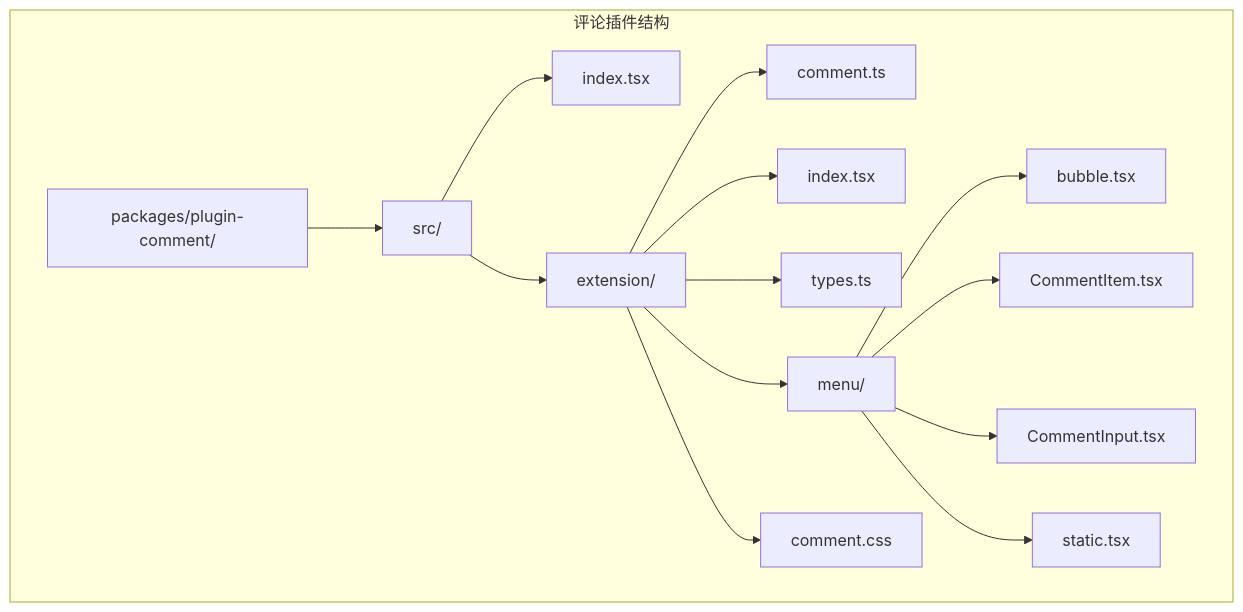
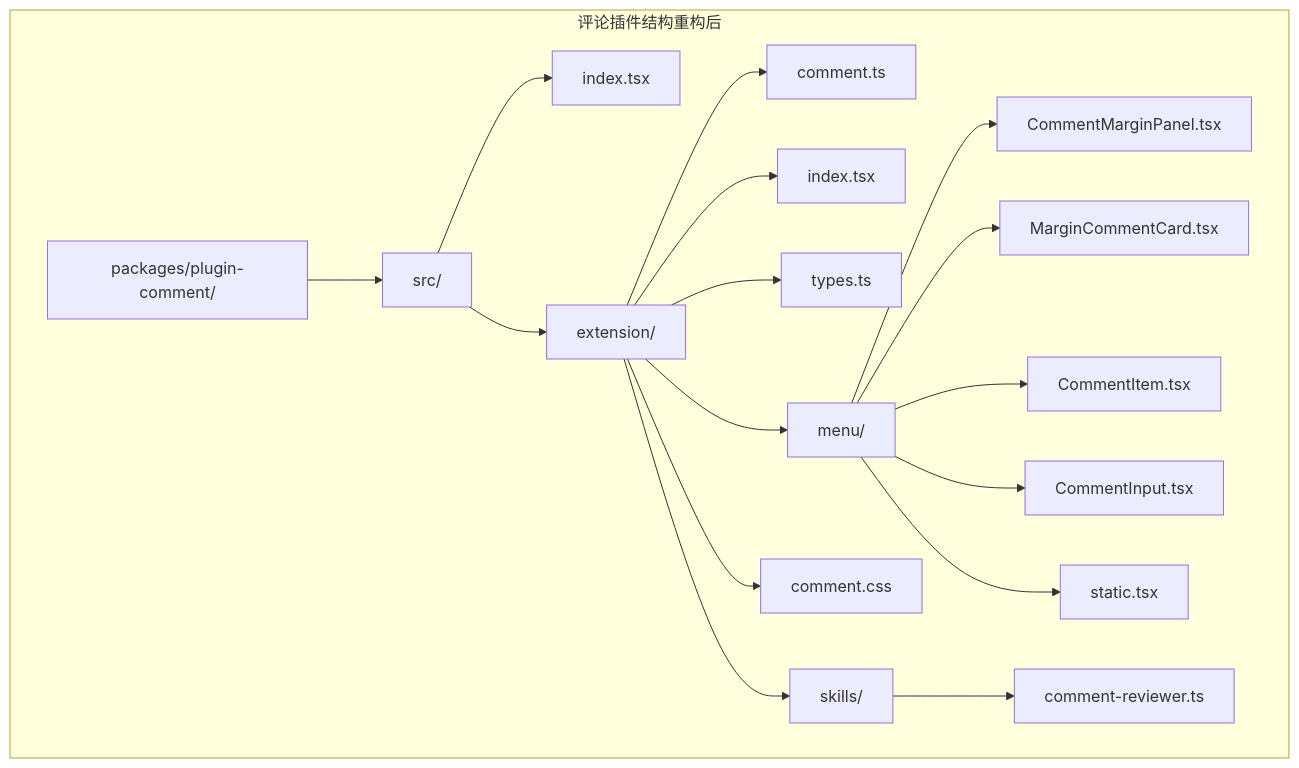
The first of 9 diagrams in .qoder/repowiki/zh/content/增强评论系统.md (LRF0422/Kotion), drawn with Mermaid before and after one commit. The commit also changed other lines of this file and 5 other files, not shown here.

````diff
--- a/.qoder/repowiki/zh/content/增强评论系统.md
+++ b/.qoder/repowiki/zh/content/增强评论系统.md
@@ -37,17 +47,20 @@
 ```mermaid
 graph TB
-subgraph "评论插件结构"
+subgraph "评论插件结构重构后"
 A[packages/plugin-comment/] --> B[src/]
 B --> C[index.tsx]
 B --> D[extension/]
 D --> E[comment.ts]
 D --> F[index.tsx]
 D --> G[types.ts]
 D --> H[menu/]
-H --> I[bubble.tsx]
-H --> J[CommentItem.tsx]
-H --> K[CommentInput.tsx]
-H --> L[static.tsx]
-D --> M[comment.css]
+H --> I[CommentMarginPanel.tsx]
+H --> J[MarginCommentCard.tsx]
+H --> K[CommentItem.tsx]
+H --> L[CommentInput.tsx]
+H --> M[static.tsx]
+D --> N[comment.css]
+D --> O[skills/]
+O --> P[comment-reviewer.ts]
 end
 ```
````
